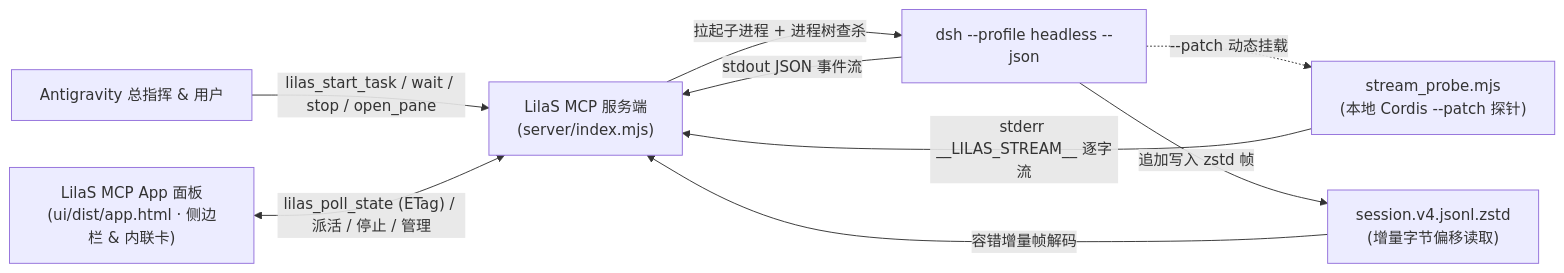
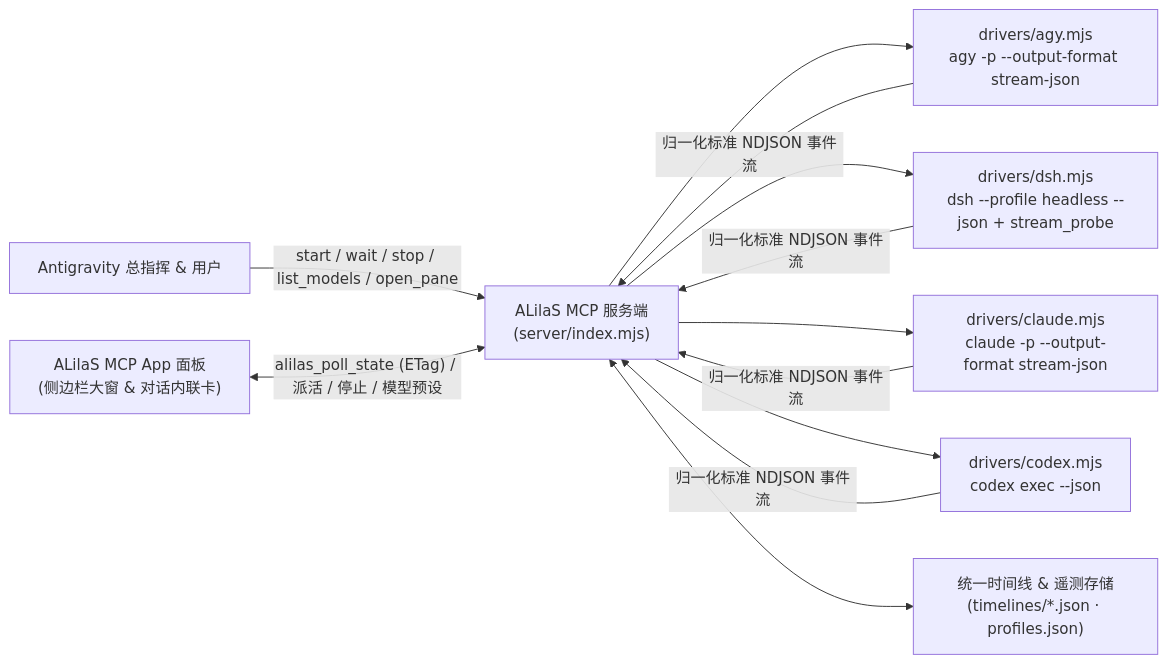
Before and after one commit to AsahiYi/ALilaS: the diagram in README.zh-CN.md, drawn with Mermaid. The commit also changed other lines of this file and 26 other files, not shown here.

````diff
--- a/README.zh-CN.md
+++ b/README.zh-CN.md
@@ -48,18 +53,18 @@
 ```mermaid
 flowchart LR
-    User["Antigravity 总指挥 & 用户"]
-    MCP["LilaS MCP 服务端<br/>(server/index.mjs)"]
-    UI["LilaS MCP App 面板<br/>(ui/dist/app.html · 侧边栏 & 内联卡)"]
-    DSH["dsh --profile headless --json"]
-    Probe["stream_probe.mjs<br/>(本地 Cordis --patch 探针)"]
-    Log["session.v4.jsonl.zstd<br/>(增量字节偏移读取)"]
+    Coord["Antigravity 总指挥 & 用户"]
+    MCP["ALilaS MCP 服务端<br/>(server/index.mjs)"]
+    UI["ALilaS MCP App 面板<br/>(侧边栏大窗 & 对话内联卡)"]
+    Store["统一时间线 & 遥测存储<br/>(timelines/*.json · profiles.json)"]
 
-    User -->|"lilas_start_task / wait / stop / open_pane"| MCP
-    MCP -->|"拉起子进程 + 进程树查杀"| DSH
-    DSH -.->|"--patch 动态挂载"| Probe
-    Probe -->|"stderr __LILAS_STREAM__ 逐字流"| MCP
-    DSH -->|"stdout JSON 事件流"| MCP
-    DSH -->|"追加写入 zstd 帧"| Log
-    Log -->|"容错增量帧解码"| MCP
-    UI <-->|"lilas_poll_state (ETag) / 派活 / 停止 / 管理"| MCP
+    D1["drivers/agy.mjs<br/>agy -p --output-format stream-json"]
+    D2["drivers/dsh.mjs<br/>dsh --profile headless --json + stream_probe"]
+    D3["drivers/claude.mjs<br/>claude -p --output-format stream-json"]
+    D4["drivers/codex.mjs<br/>codex exec --json"]
+
+    Coord -->|"start / wait / stop / list_models / open_pane"| MCP
+    MCP --> D1 & D2 & D3 & D4
+    D1 & D2 & D3 & D4 -->|"归一化标准 NDJSON 事件流"| MCP
+    MCP <--> Store
+    UI <-->|"alilas_poll_state (ETag) / 派活 / 停止 / 模型预设"| MCP
 ```
````
